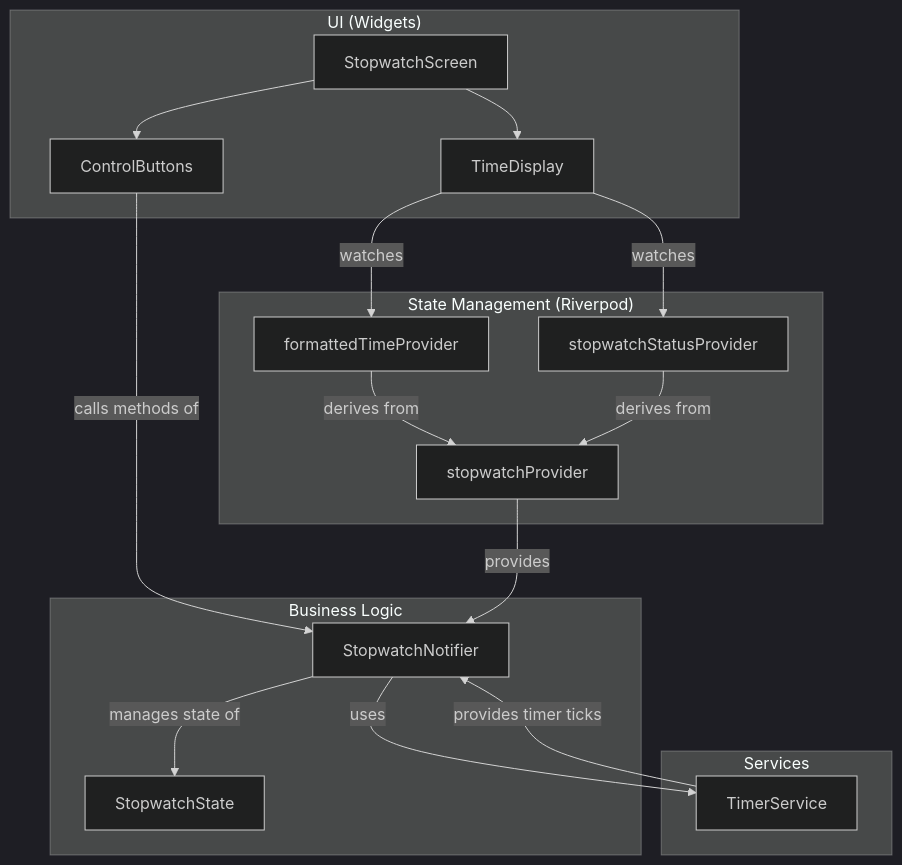
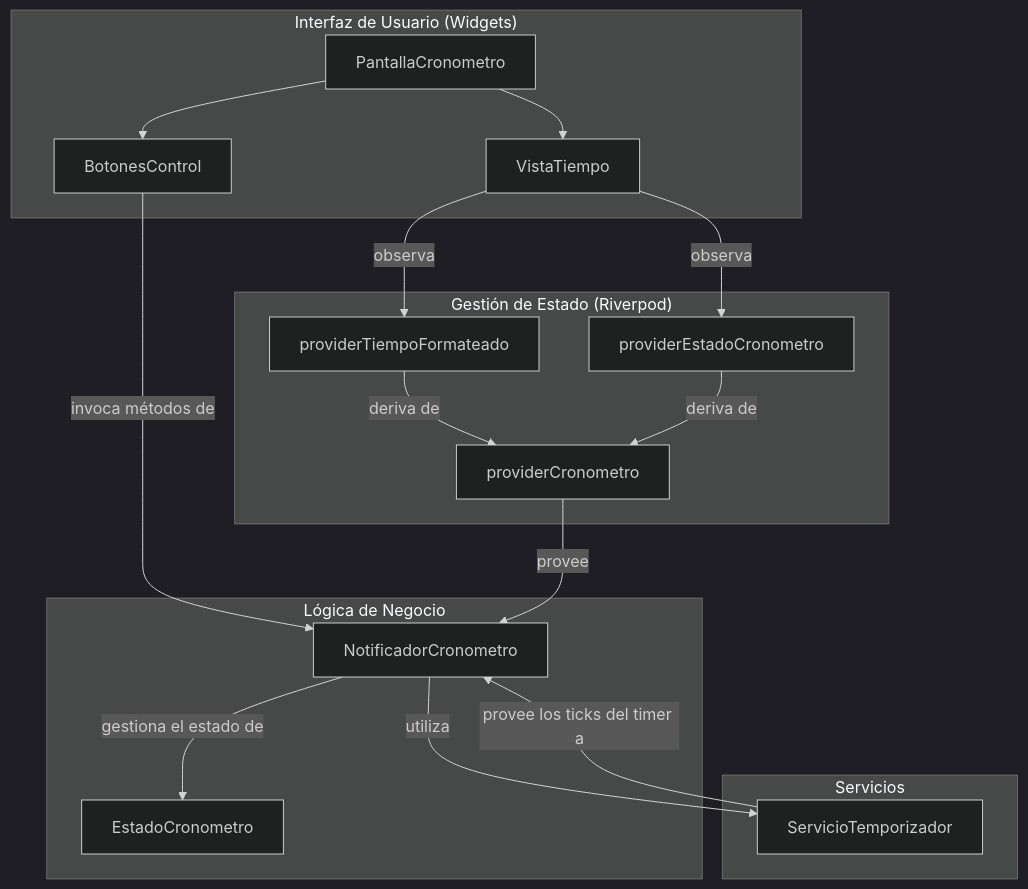
Before and after one commit to jesusvasquezjr3/cronometro_app: the diagram in README.md, drawn with Mermaid (dark theme).

````diff
--- a/README.md
+++ b/README.md
@@ -61,40 +61,39 @@
 ```mermaid
 graph TD
-    subgraph "UI (Widgets)"
-        A[StopwatchScreen]
-        B[TimeDisplay]
-        C[ControlButtons]
+    subgraph "Interfaz de Usuario (Widgets)"
+        A[PantallaCronometro]
+        B[VistaTiempo]
+        C[BotonesControl]
     end
 
-    subgraph "State Management (Riverpod)"
-        D[stopwatchProvider]
-        E[formattedTimeProvider]
-        F[stopwatchStatusProvider]
+    subgraph "Gestión de Estado (Riverpod)"
+        D[providerCronometro]
+        E[providerTiempoFormateado]
+        F[providerEstadoCronometro]
     end
 
-    subgraph "Business Logic"
-        G[StopwatchNotifier]
-        H[StopwatchState]
+    subgraph "Lógica de Negocio"
+        G[NotificadorCronometro]
+        H[EstadoCronometro]
     end
 
-    subgraph "Services"
-        I[TimerService]
+    subgraph "Servicios"
+        I[ServicioTemporizador]
     end
 
-    A --> B
-    A --> C
+    A --> B & C
 
-    B -- watches --> E
-    B -- watches --> F
+    B -- observa --> E
+    B -- observa --> F
 
-    C -- calls methods of --> G
+    C -- invoca métodos de --> G
 
-    D -- provides --> G
-    E -- derives from --> D
-    F -- derives from --> D
+    D -- provee --> G
+    E -- deriva de --> D
+    F -- deriva de --> D
 
-    G -- manages state of --> H
-    G -- uses --> I
+    G -- gestiona el estado de --> H
+    G -- utiliza --> I
 
-    I -- provides timer ticks --> G
+    I -- provee los ticks del timer a --> G
 ```
````
